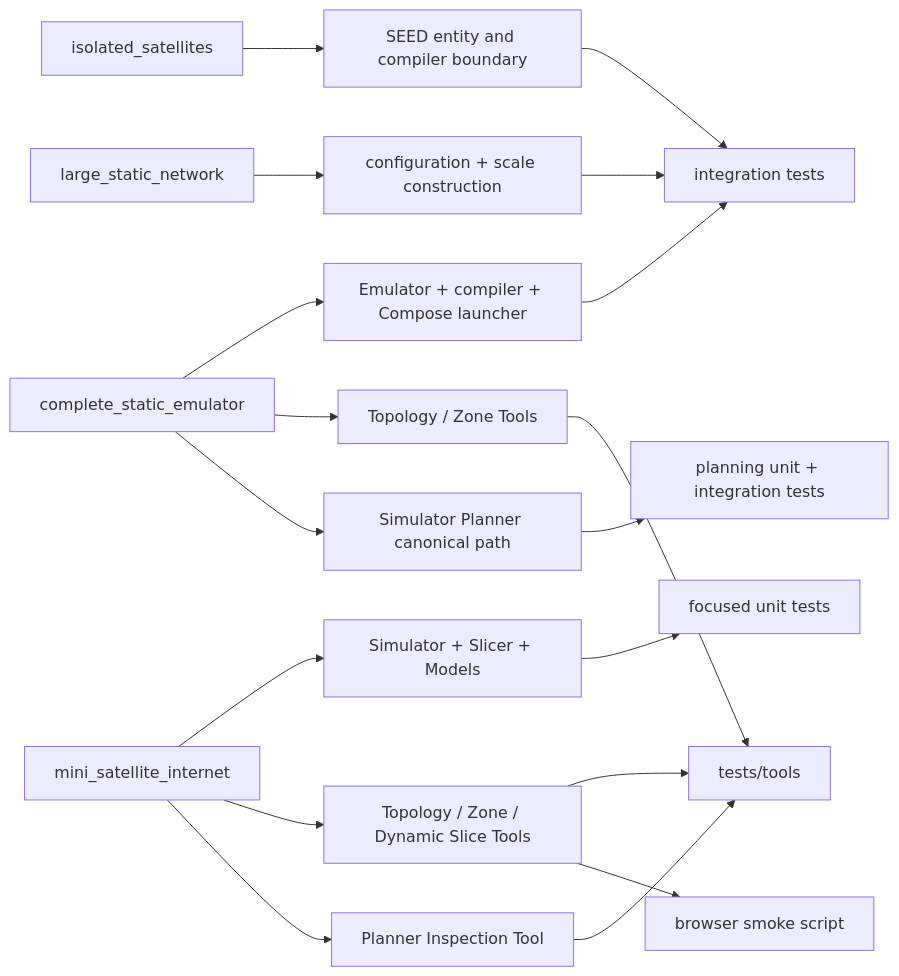
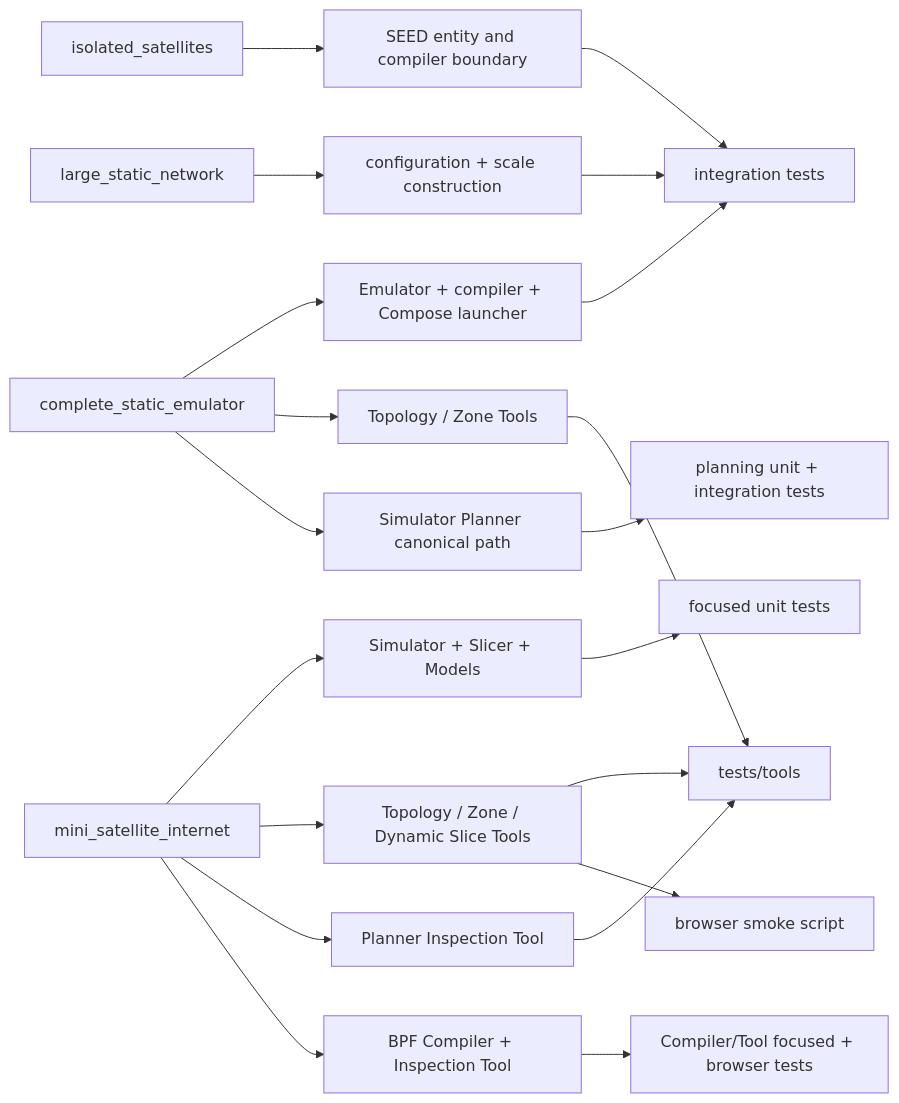
The diagram in skyseed_v2/docs/human-readable/traceability-map.md (seed-labs/skyseed), drawn with Mermaid before and after one commit. The commit also changed other lines of this file and 41 other files, not shown here.

Commit message:
feat: complete bpf compiler stage

````diff
--- a/skyseed_v2/docs/human-readable/traceability-map.md
+++ b/skyseed_v2/docs/human-readable/traceability-map.md
@@ -7,21 +7,23 @@
 ```mermaid
 flowchart LR
     CE["complete_static_emulator"] --> EM["Emulator + compiler + Compose launcher"]
     CE --> TZ["Topology / Zone Tools"]
     CE --> PL["Simulator Planner canonical path"]
     DN["mini_satellite_internet"] --> DS["Simulator + Slicer + Models"]
     DN --> DT["Topology / Zone / Dynamic Slice Tools"]
     DN --> PT["Planner Inspection Tool"]
+    DN --> BT["BPF Compiler + Inspection Tool"]
     IS["isolated_satellites"] --> SE["SEED entity and compiler boundary"]
     LS["large_static_network"] --> SC["configuration + scale construction"]
 
     EM --> ITEST["integration tests"]
     DS --> UTEST["focused unit tests"]
     PL --> PTEST["planning unit + integration tests"]
     TZ --> TTEST["tests/tools"]
     DT --> TTEST
     DT --> BROWSER["browser smoke script"]
     PT --> TTEST
+    BT --> BTEST["Compiler/Tool focused + browser tests"]
     SE --> ITEST
     SC --> ITEST
 ```
````
